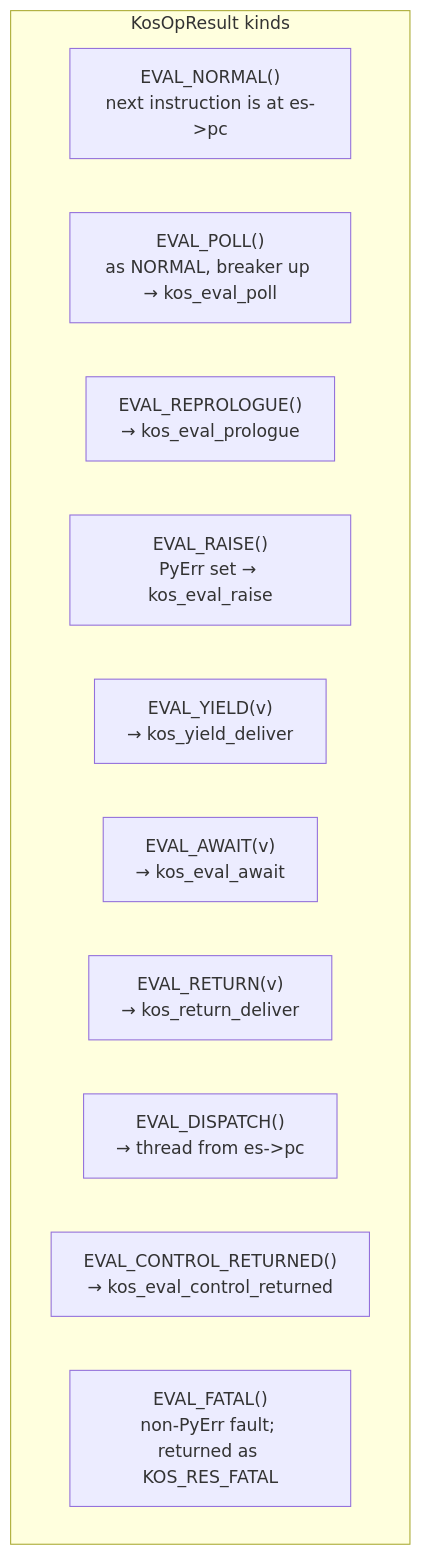
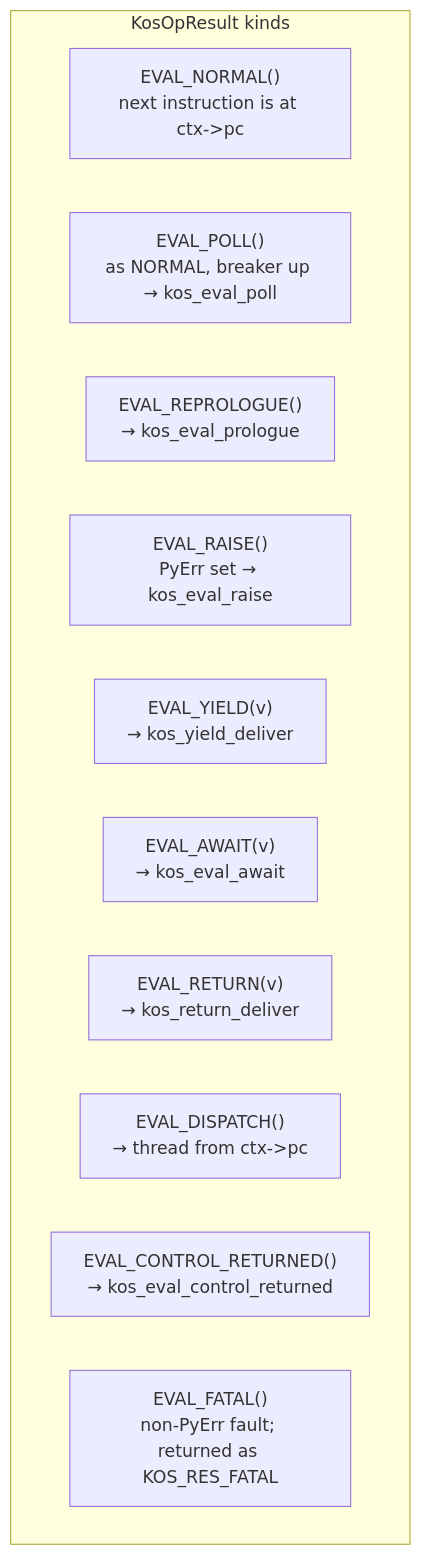
One commit to koskari-lang/koskari changed the eighth of 12 diagrams in design/EVALUATOR.md. Above: the diagram before and after it, drawn with Mermaid. The commit also changed other lines of this file and 433 other files, not shown here.

````diff
--- a/design/EVALUATOR.md
+++ b/design/EVALUATOR.md
@@ -607,15 +607,15 @@
 ```mermaid
 flowchart TD
     subgraph opcode_return["KosOpResult kinds"]
-        rn["EVAL_NORMAL()<br/>next instruction is at es->pc"]
+        rn["EVAL_NORMAL()<br/>next instruction is at ctx->pc"]
         rp["EVAL_POLL()<br/>as NORMAL, breaker up → kos_eval_poll"]
         rr["EVAL_REPROLOGUE()<br/>→ kos_eval_prologue"]
         re["EVAL_RAISE()<br/>PyErr set → kos_eval_raise"]
         ry["EVAL_YIELD(v)<br/>→ kos_yield_deliver"]
         ra["EVAL_AWAIT(v)<br/>→ kos_eval_await"]
         rret["EVAL_RETURN(v)<br/>→ kos_return_deliver"]
-        rd["EVAL_DISPATCH()<br/>→ thread from es->pc"]
+        rd["EVAL_DISPATCH()<br/>→ thread from ctx->pc"]
         rc["EVAL_CONTROL_RETURNED()<br/>→ kos_eval_control_returned"]
         rf["EVAL_FATAL()<br/>non-PyErr fault; returned as KOS_RES_FATAL"]
     end
 ```
````
